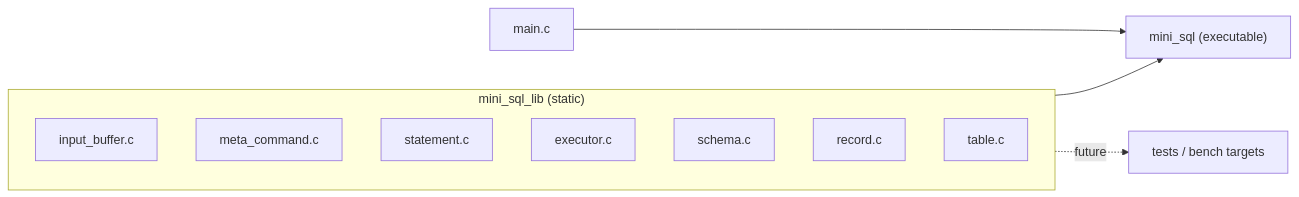
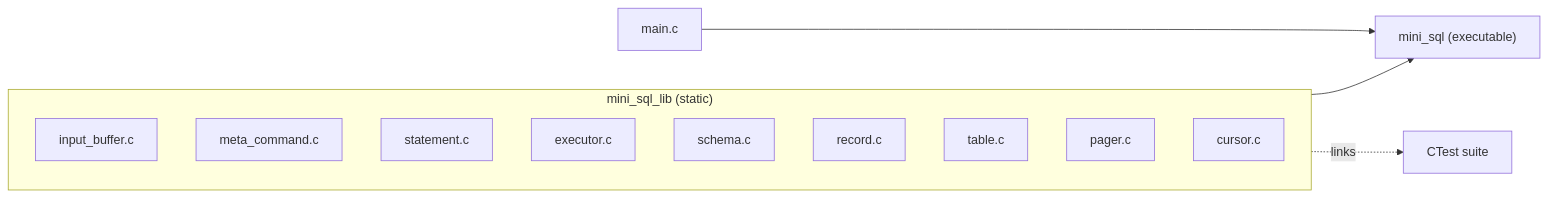
Diagram 12 of 14 in README.md (Rohitangshu2026/mini-sql), drawn with Mermaid before and after one commit. The commit also changed other lines of this file, not shown here.

Commit message:
docs: update README for disk persistence and the cursor abstraction

````diff
--- a/README.md
+++ b/README.md
@@ -508,15 +540,17 @@
 ```mermaid
 flowchart LR
     subgraph lib["mini_sql_lib (static)"]
         a[input_buffer.c]
         b[meta_command.c]
         c[statement.c]
         d[executor.c]
         e[schema.c]
         f[record.c]
         g[table.c]
+        h[pager.c]
+        i[cursor.c]
     end
     main_c[main.c] --> exe["mini_sql (executable)"]
     lib --> exe
-    lib -.->|future| tests_bench["tests / bench targets"]
+    lib -.->|links| tests["CTest suite"]
 ```
````
